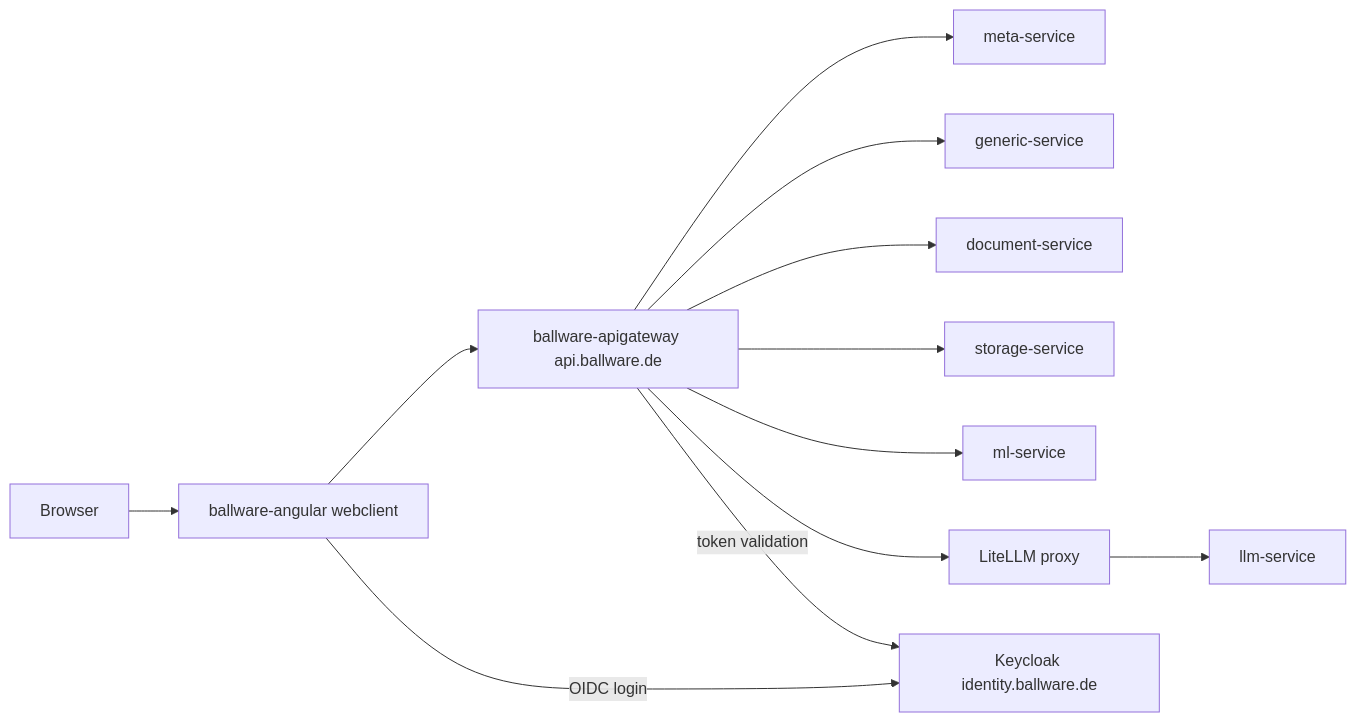
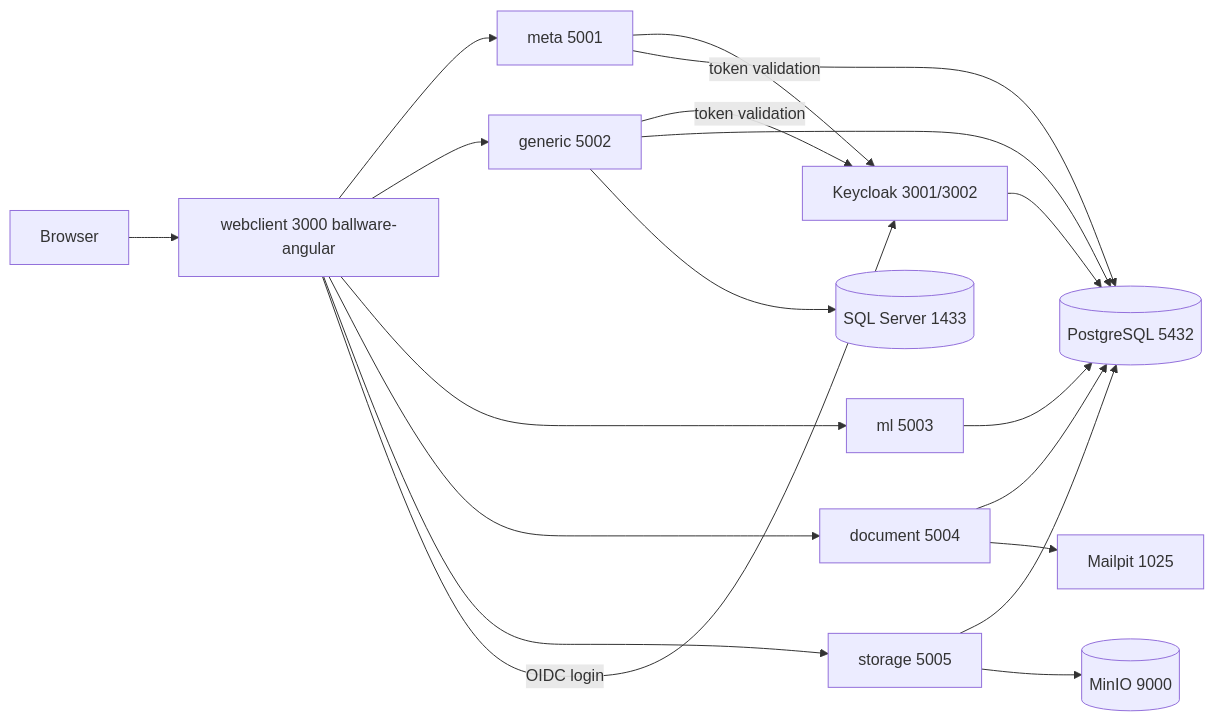
Before and after one commit to ballware/ballware-docs: the diagram in docs/architecture.mdx, drawn with Mermaid. The commit also changed other lines of this file and 18 other files, not shown here.

````diff
--- a/docs/architecture.mdx
+++ b/docs/architecture.mdx
@@ -10,25 +22,33 @@
 ```mermaid
 graph LR
   browser[Browser]
-  web[ballware-angular webclient]
-  gw[ballware-apigateway api.ballware.de]
-  meta[meta-service]
-  generic[generic-service]
-  doc[document-service]
-  storage[storage-service]
-  ml[ml-service]
-  litellm[LiteLLM proxy]
-  llm[llm-service]
-  kc[Keycloak identity.ballware.de]
+  web[webclient 3000 ballware-angular]
+  meta[meta 5001]
+  generic[generic 5002]
+  ml[ml 5003]
+  doc[document 5004]
+  storage[storage 5005]
+  kc[Keycloak 3001/3002]
+  pg[(PostgreSQL 5432)]
+  mssql[(SQL Server 1433)]
+  minio[(MinIO 9000)]
+  mail[Mailpit 1025]
   browser --> web
-  web --> gw
-  gw --> meta
-  gw --> generic
-  gw --> doc
-  gw --> storage
-  gw --> ml
-  gw --> litellm
-  litellm --> llm
+  web --> meta
+  web --> generic
+  web --> ml
+  web --> doc
+  web --> storage
   web -- "OIDC login" --> kc
-  gw -- "token validation" --> kc
+  meta -- "token validation" --> kc
+  generic -- "token validation" --> kc
+  meta --> pg
+  generic --> pg
+  generic --> mssql
+  ml --> pg
+  doc --> pg
+  doc --> mail
+  storage --> pg
+  storage --> minio
+  kc --> pg
 ```
````
